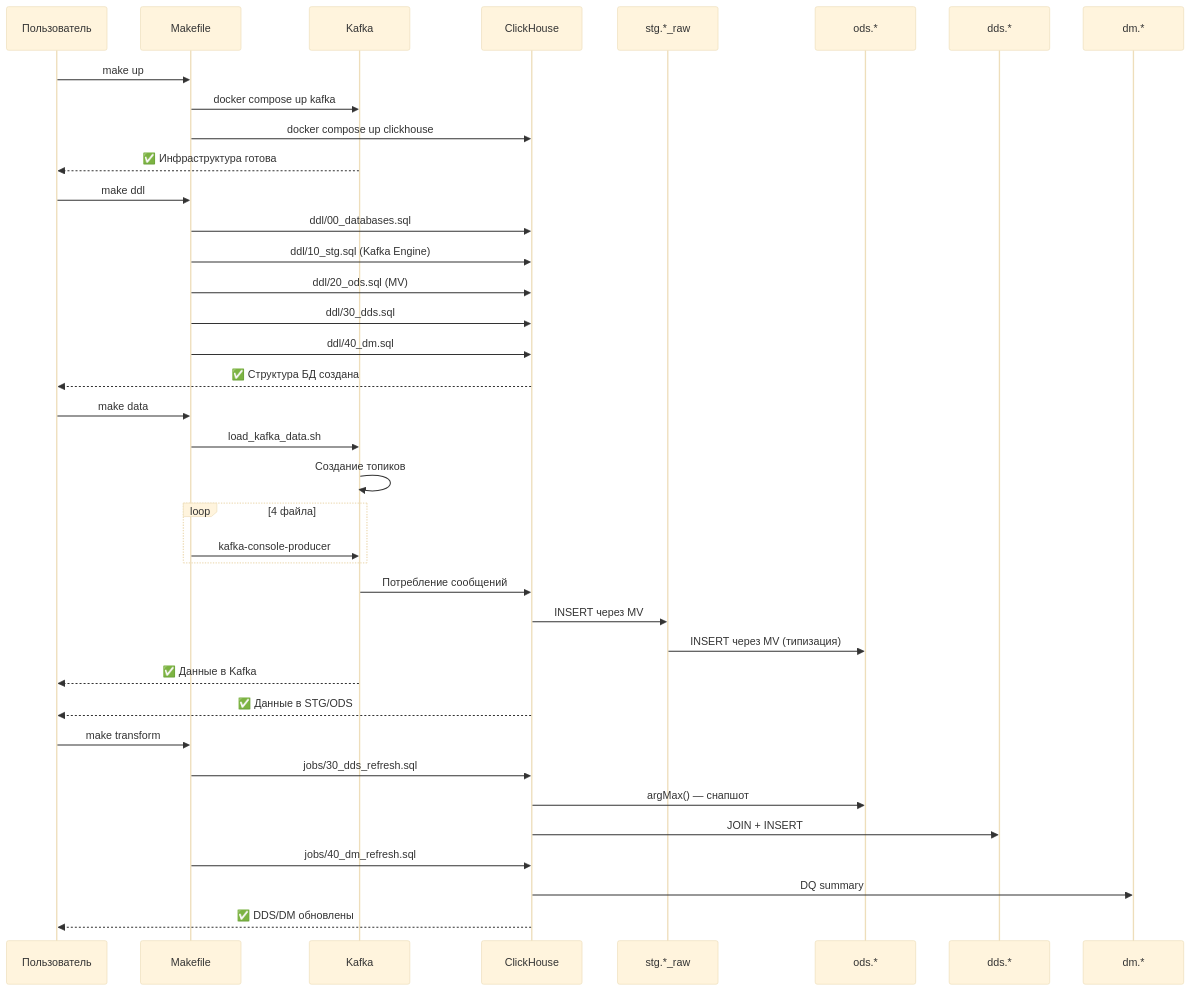
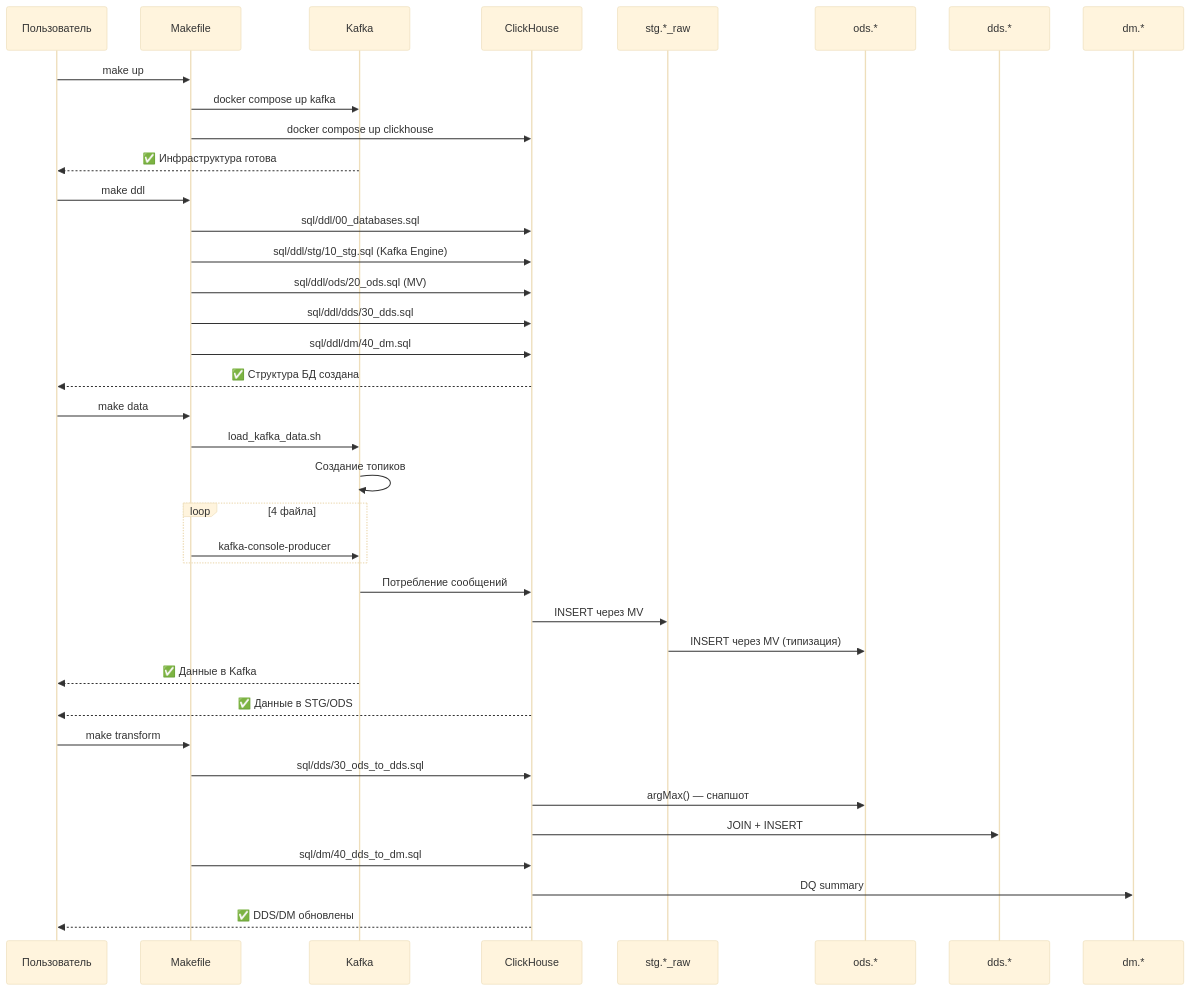
One commit to dementev-dev/clickstream-ch-kafka-superset-demo changed the third of 6 diagrams in docs/ARCHITECTURE.md. Above: the diagram before and after it, drawn with Mermaid (base theme). The commit also changed 13 other files, not shown here.

````diff
--- a/docs/ARCHITECTURE.md
+++ b/docs/ARCHITECTURE.md
@@ -355,44 +355,44 @@
 ```mermaid
 sequenceDiagram
     participant User as Пользователь
     participant Make as Makefile
     participant K as Kafka
     participant CH as ClickHouse
     participant STG as stg.*_raw
     participant ODS as ods.*
     participant DDS as dds.*
     participant DM as dm.*
 
     User->>Make: make up
     Make->>K: docker compose up kafka
     Make->>CH: docker compose up clickhouse
     K-->>User: ✅ Инфраструктура готова
 
     User->>Make: make ddl
-    Make->>CH: ddl/00_databases.sql
-    Make->>CH: ddl/10_stg.sql (Kafka Engine)
-    Make->>CH: ddl/20_ods.sql (MV)
-    Make->>CH: ddl/30_dds.sql
-    Make->>CH: ddl/40_dm.sql
+    Make->>CH: sql/ddl/00_databases.sql
+    Make->>CH: sql/ddl/stg/10_stg.sql (Kafka Engine)
+    Make->>CH: sql/ddl/ods/20_ods.sql (MV)
+    Make->>CH: sql/ddl/dds/30_dds.sql
+    Make->>CH: sql/ddl/dm/40_dm.sql
     CH-->>User: ✅ Структура БД создана
 
     User->>Make: make data
     Make->>K: load_kafka_data.sh
     K->>K: Создание топиков
     loop 4 файла
         Make->>K: kafka-console-producer
     end
     K->>CH: Потребление сообщений
     CH->>STG: INSERT через MV
     STG->>ODS: INSERT через MV (типизация)
     K-->>User: ✅ Данные в Kafka
     CH-->>User: ✅ Данные в STG/ODS
 
     User->>Make: make transform
-    Make->>CH: jobs/30_dds_refresh.sql
+    Make->>CH: sql/dds/30_ods_to_dds.sql
     CH->>ODS: argMax() — снапшот
     CH->>DDS: JOIN + INSERT
-    Make->>CH: jobs/40_dm_refresh.sql
+    Make->>CH: sql/dm/40_dds_to_dm.sql
     CH->>DM: DQ summary
     CH-->>User: ✅ DDS/DM обновлены
 ```
````
